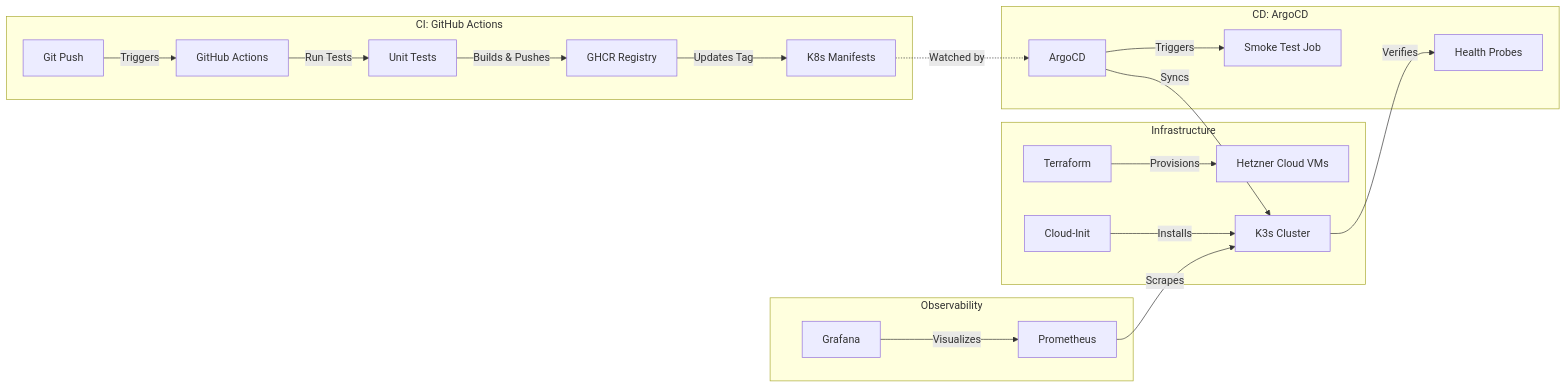
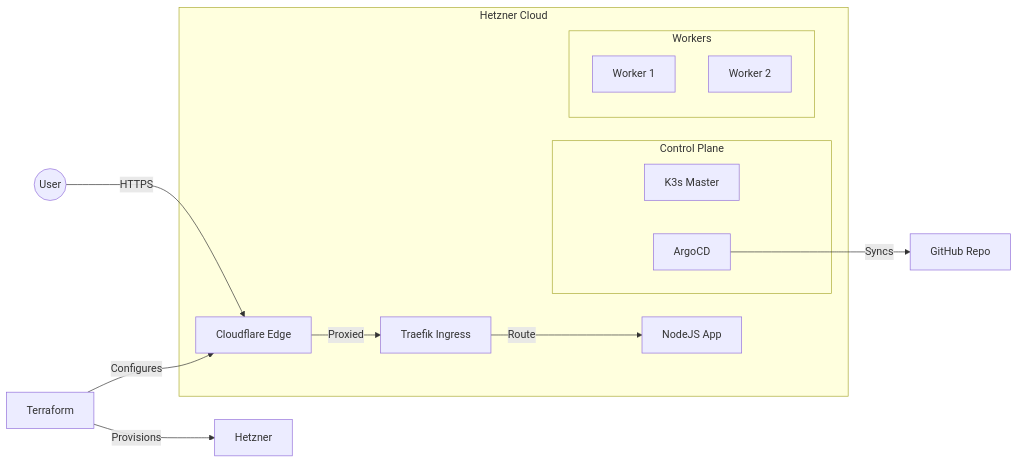
Before and after one commit to didiberman/terraform-k8s-argocd-cicd-pipeline: the diagram in README.md, drawn with Mermaid. The commit also changed other lines of this file and 1 other file, not shown here.

````diff
--- a/README.md
+++ b/README.md
@@ -11,26 +23,22 @@
 ```mermaid
 flowchart LR
-    subgraph Infrastructure
-        tf[Terraform] -->|Provisions| hcloud[Hetzner Cloud VMs]
-        script[Cloud-Init] -->|Installs| k3s[K3s Cluster]
+    user((User)) -->|HTTPS| cf[Cloudflare Edge]
+    subgraph Hetzner Cloud
+        cf -->|Proxied| ingress[Traefik Ingress]
+        ingress -->|Route| svc[NodeJS App]
+        
+        subgraph Control Plane
+            k3s[K3s Master]
+            argo[ArgoCD]
+        end
+        
+        subgraph Workers
+            w1[Worker 1]
+            w2[Worker 2]
+        end
     end
-
-    subgraph CI ["CI: GitHub Actions"]
-        push[Git Push] -->|Triggers| gh_actions[GitHub Actions]
-        gh_actions -->|Run Tests| unit_tests[Unit Tests]
-        unit_tests -->|Builds & Pushes| ghcr[GHCR Registry]
-        ghcr -->|Updates Tag| manifest[K8s Manifests]
-    end
-
-    subgraph CD ["CD: ArgoCD"]
-        manifest -.->|Watched by| argocd[ArgoCD]
-        argocd -->|Syncs| k3s
-        k3s -->|Verifies| probes[Health Probes]
-        argocd -->|Triggers| smoke[Smoke Test Job]
-    end
-
-    subgraph Obs ["Observability"]
-        prom[Prometheus] -->|Scrapes| k3s
-        graf[Grafana] -->|Visualizes| prom
-    end
+    
+    argo -->|Syncs| repo[GitHub Repo]
+    tf[Terraform] -->|Provisions| Hetzner
+    tf -->|Configures| cf
 ```
````
